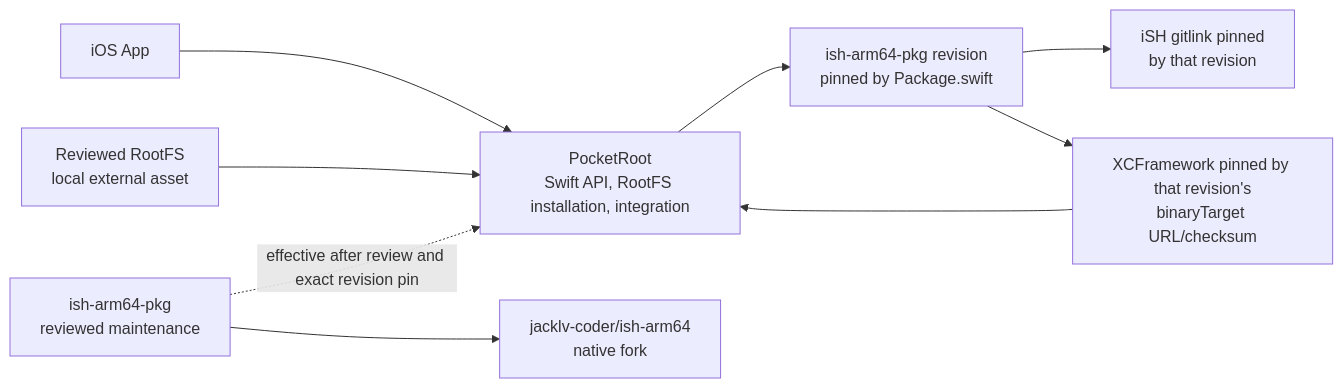
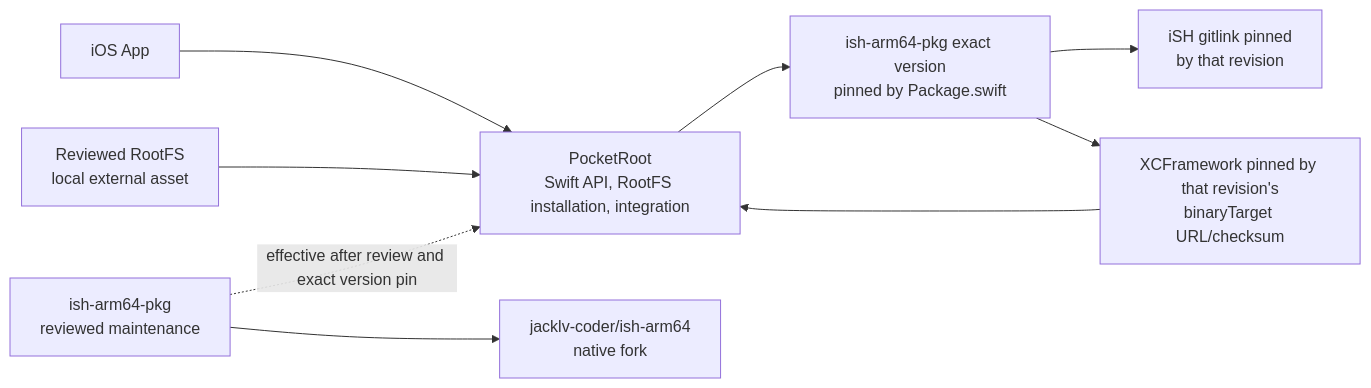
One commit to jacklv-coder/PocketRoot changed the first of 2 diagrams in Docs/en/TechnicalGuide.md. Above: the diagram before and after it, drawn with Mermaid. The commit also changed other lines of this file and 17 other files, not shown here.

````diff
--- a/Docs/en/TechnicalGuide.md
+++ b/Docs/en/TechnicalGuide.md
@@ -47,12 +47,12 @@
 ```mermaid
 flowchart LR
     App["iOS App"] --> PR["PocketRoot<br/>Swift API, RootFS installation, integration"]
-    PR --> Pkg["ish-arm64-pkg revision<br/>pinned by Package.swift"]
+    PR --> Pkg["ish-arm64-pkg exact version<br/>pinned by Package.swift"]
     Pkg --> Native["iSH gitlink pinned<br/>by that revision"]
     Pkg --> XC["XCFramework pinned by that revision's<br/>binaryTarget URL/checksum"]
     XC --> PR
     RootFS["Reviewed RootFS<br/>local external asset"] --> PR
 
     PkgFix["ish-arm64-pkg<br/>reviewed maintenance"] --> NativeFork["jacklv-coder/ish-arm64<br/>native fork"]
-    PkgFix -. "effective after review and exact revision pin" .-> PR
+    PkgFix -. "effective after review and exact version pin" .-> PR
 ```
````
